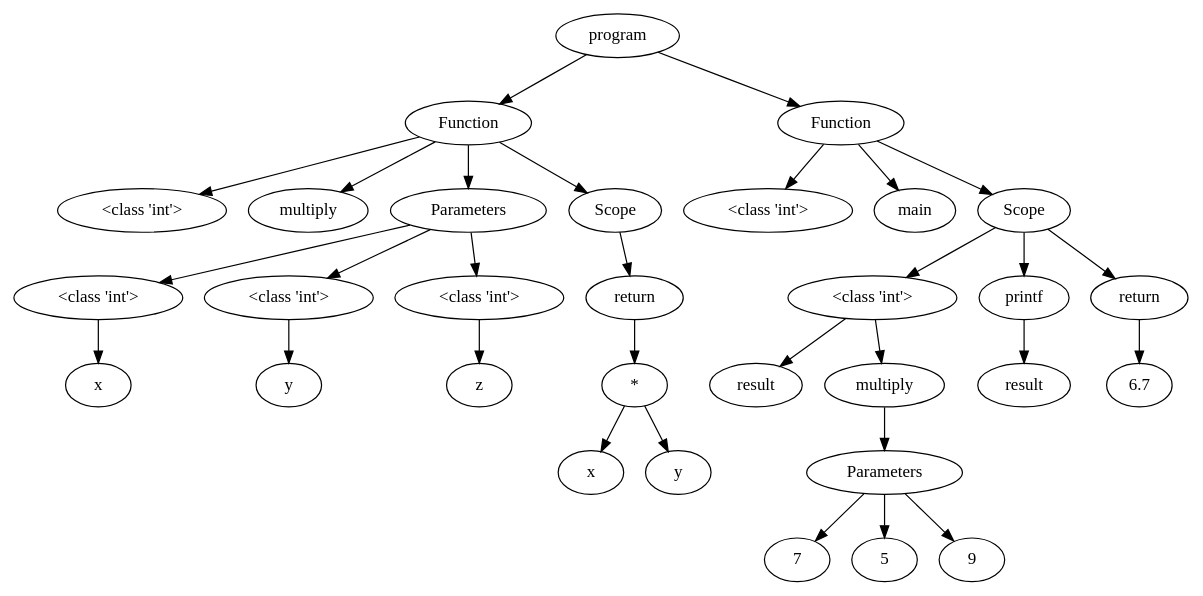
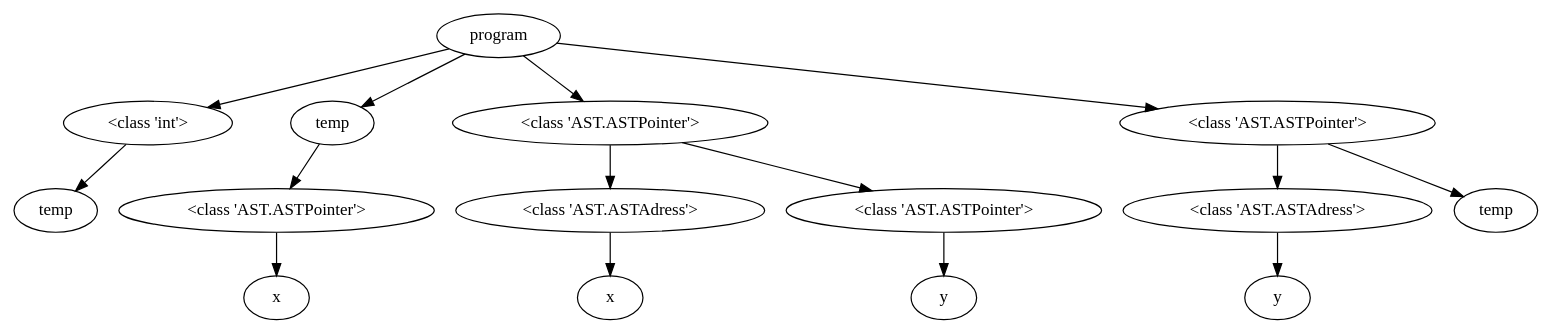
One commit to NielsVandenBroeck/COMP_Compiler changed the diagram in OutputFiles/dotVisualization.dot. Above: the diagram before and after it, drawn with Graphviz. The commit also changed 5 other files, not shown here.

```diff
--- a/OutputFiles/dotVisualization.dot
+++ b/OutputFiles/dotVisualization.dot
@@ -1,78 +1,39 @@
 digraph G { 
-"<AST.AST object at 0x00000255CF3635B0> (0)"[label="program"]
-"<AST.ASTFunction object at 0x00000255CF3634F0> (1)"[label="Function"]
-"<AST.AST object at 0x00000255CF3635B0> (0)"->"<AST.ASTFunction object at 0x00000255CF3634F0> (1)"
-"<AST.ASTFunction object at 0x00000255CF3634F0> (1)"[label="Function"]
-"<AST.ASTDataType object at 0x00000255CF3634C0> (2)"[label="<class 'int'>"]
-"<AST.ASTFunction object at 0x00000255CF3634F0> (1)"->"<AST.ASTDataType object at 0x00000255CF3634C0> (2)"
-"<AST.ASTFunctionName object at 0x00000255CF363370> (2)"[label="multiply"]
-"<AST.ASTFunction object at 0x00000255CF3634F0> (1)"->"<AST.ASTFunctionName object at 0x00000255CF363370> (2)"
-"<AST.ASTParameters object at 0x00000255CF3633A0> (2)"[label="Parameters"]
-"<AST.ASTFunction object at 0x00000255CF3634F0> (1)"->"<AST.ASTParameters object at 0x00000255CF3633A0> (2)"
-"<AST.ASTParameters object at 0x00000255CF3633A0> (2)"[label="Parameters"]
-"<AST.ASTDataType object at 0x00000255CF363400> (3)"[label="<class 'int'>"]
-"<AST.ASTParameters object at 0x00000255CF3633A0> (2)"->"<AST.ASTDataType object at 0x00000255CF363400> (3)"
-"<AST.ASTDataType object at 0x00000255CF363400> (3)"[label="<class 'int'>"]
-"<AST.ASTVariable object at 0x00000255CF363070> (4)"[label="x"]
-"<AST.ASTDataType object at 0x00000255CF363400> (3)"->"<AST.ASTVariable object at 0x00000255CF363070> (4)"
-"<AST.ASTDataType object at 0x00000255CF363340> (3)"[label="<class 'int'>"]
-"<AST.ASTParameters object at 0x00000255CF3633A0> (2)"->"<AST.ASTDataType object at 0x00000255CF363340> (3)"
-"<AST.ASTDataType object at 0x00000255CF363340> (3)"[label="<class 'int'>"]
-"<AST.ASTVariable object at 0x00000255CF363490> (4)"[label="y"]
-"<AST.ASTDataType object at 0x00000255CF363340> (3)"->"<AST.ASTVariable object at 0x00000255CF363490> (4)"
-"<AST.ASTDataType object at 0x00000255CF3635E0> (3)"[label="<class 'int'>"]
-"<AST.ASTParameters object at 0x00000255CF3633A0> (2)"->"<AST.ASTDataType object at 0x00000255CF3635E0> (3)"
-"<AST.ASTDataType object at 0x00000255CF3635E0> (3)"[label="<class 'int'>"]
-"<AST.ASTVariable object at 0x00000255CF363130> (4)"[label="z"]
-"<AST.ASTDataType object at 0x00000255CF3635E0> (3)"->"<AST.ASTVariable object at 0x00000255CF363130> (4)"
-"<AST.ASTScope object at 0x00000255CF363160> (2)"[label="Scope"]
-"<AST.ASTFunction object at 0x00000255CF3634F0> (1)"->"<AST.ASTScope object at 0x00000255CF363160> (2)"
-"<AST.ASTScope object at 0x00000255CF363160> (2)"[label="Scope"]
-"<AST.ASTReturn object at 0x00000255CF363700> (3)"[label="return"]
-"<AST.ASTScope object at 0x00000255CF363160> (2)"->"<AST.ASTReturn object at 0x00000255CF363700> (3)"
-"<AST.ASTReturn object at 0x00000255CF363700> (3)"[label="return"]
-"<AST.ASTOperator object at 0x00000255CF3637F0> (4)"[label="*"]
-"<AST.ASTReturn object at 0x00000255CF363700> (3)"->"<AST.ASTOperator object at 0x00000255CF3637F0> (4)"
-"<AST.ASTOperator object at 0x00000255CF3637F0> (4)"[label="*"]
-"<AST.ASTVariable object at 0x00000255CF363730> (5)"[label="x"]
-"<AST.ASTOperator object at 0x00000255CF3637F0> (4)"->"<AST.ASTVariable object at 0x00000255CF363730> (5)"
-"<AST.ASTVariable object at 0x00000255CF3637C0> (5)"[label="y"]
-"<AST.ASTOperator object at 0x00000255CF3637F0> (4)"->"<AST.ASTVariable object at 0x00000255CF3637C0> (5)"
-"<AST.ASTFunction object at 0x00000255CF3636D0> (1)"[label="Function"]
-"<AST.AST object at 0x00000255CF3635B0> (0)"->"<AST.ASTFunction object at 0x00000255CF3636D0> (1)"
-"<AST.ASTFunction object at 0x00000255CF3636D0> (1)"[label="Function"]
-"<AST.ASTDataType object at 0x00000255CF3638B0> (2)"[label="<class 'int'>"]
-"<AST.ASTFunction object at 0x00000255CF3636D0> (1)"->"<AST.ASTDataType object at 0x00000255CF3638B0> (2)"
-"<AST.ASTFunctionName object at 0x00000255CF363940> (2)"[label="main"]
-"<AST.ASTFunction object at 0x00000255CF3636D0> (1)"->"<AST.ASTFunctionName object at 0x00000255CF363940> (2)"
-"<AST.ASTScope object at 0x00000255CF3639D0> (2)"[label="Scope"]
-"<AST.ASTFunction object at 0x00000255CF3636D0> (1)"->"<AST.ASTScope object at 0x00000255CF3639D0> (2)"
-"<AST.ASTScope object at 0x00000255CF3639D0> (2)"[label="Scope"]
-"<AST.ASTDataType object at 0x00000255CF363B20> (3)"[label="<class 'int'>"]
-"<AST.ASTScope object at 0x00000255CF3639D0> (2)"->"<AST.ASTDataType object at 0x00000255CF363B20> (3)"
-"<AST.ASTDataType object at 0x00000255CF363B20> (3)"[label="<class 'int'>"]
-"<AST.ASTVariable object at 0x00000255CF363A30> (4)"[label="result"]
-"<AST.ASTDataType object at 0x00000255CF363B20> (3)"->"<AST.ASTVariable object at 0x00000255CF363A30> (4)"
-"<AST.ASTFunctionName object at 0x00000255CF363AF0> (4)"[label="multiply"]
-"<AST.ASTDataType object at 0x00000255CF363B20> (3)"->"<AST.ASTFunctionName object at 0x00000255CF363AF0> (4)"
-"<AST.ASTFunctionName object at 0x00000255CF363AF0> (4)"[label="multiply"]
-"<AST.ASTParameters object at 0x00000255CF363BE0> (5)"[label="Parameters"]
-"<AST.ASTFunctionName object at 0x00000255CF363AF0> (4)"->"<AST.ASTParameters object at 0x00000255CF363BE0> (5)"
-"<AST.ASTParameters object at 0x00000255CF363BE0> (5)"[label="Parameters"]
-"<AST.AST object at 0x00000255CF363C40> (6)"[label="7"]
-"<AST.ASTParameters object at 0x00000255CF363BE0> (5)"->"<AST.AST object at 0x00000255CF363C40> (6)"
-"<AST.AST object at 0x00000255CF363D30> (6)"[label="5"]
-"<AST.ASTParameters object at 0x00000255CF363BE0> (5)"->"<AST.AST object at 0x00000255CF363D30> (6)"
-"<AST.AST object at 0x00000255CF363CD0> (6)"[label="9"]
-"<AST.ASTParameters object at 0x00000255CF363BE0> (5)"->"<AST.AST object at 0x00000255CF363CD0> (6)"
-"<AST.ASTPrintf object at 0x00000255CF363C10> (3)"[label="printf"]
-"<AST.ASTScope object at 0x00000255CF3639D0> (2)"->"<AST.ASTPrintf object at 0x00000255CF363C10> (3)"
-"<AST.ASTPrintf object at 0x00000255CF363C10> (3)"[label="printf"]
-"<AST.ASTVariable object at 0x00000255CF363DC0> (4)"[label="result"]
-"<AST.ASTPrintf object at 0x00000255CF363C10> (3)"->"<AST.ASTVariable object at 0x00000255CF363DC0> (4)"
-"<AST.ASTReturn object at 0x00000255CF363E20> (3)"[label="return"]
-"<AST.ASTScope object at 0x00000255CF3639D0> (2)"->"<AST.ASTReturn object at 0x00000255CF363E20> (3)"
-"<AST.ASTReturn object at 0x00000255CF363E20> (3)"[label="return"]
-"<AST.AST object at 0x00000255CF363E80> (4)"[label="6.7"]
-"<AST.ASTReturn object at 0x00000255CF363E20> (3)"->"<AST.AST object at 0x00000255CF363E80> (4)"
+"<AST.AST object at 0x000002D8CE4DFAF0> (0)"[label="program"]
+"<AST.ASTDataType object at 0x000002D8CE4DF1F0> (1)"[label="<class 'int'>"]
+"<AST.AST object at 0x000002D8CE4DFAF0> (0)"->"<AST.ASTDataType object at 0x000002D8CE4DF1F0> (1)"
+"<AST.ASTDataType object at 0x000002D8CE4DF1F0> (1)"[label="<class 'int'>"]
+"<AST.ASTVariable object at 0x000002D8CE4DF550> (2)"[label="temp"]
+"<AST.ASTDataType object at 0x000002D8CE4DF1F0> (1)"->"<AST.ASTVariable object at 0x000002D8CE4DF550> (2)"
+"<AST.ASTVariable object at 0x000002D8CE4DFF40> (1)"[label="temp"]
+"<AST.AST object at 0x000002D8CE4DFAF0> (0)"->"<AST.ASTVariable object at 0x000002D8CE4DFF40> (1)"
+"<AST.ASTVariable object at 0x000002D8CE4DFF40> (1)"[label="temp"]
+"<AST.ASTPointer object at 0x000002D8CE4DFA90> (2)"[label="<class 'AST.ASTPointer'>"]
+"<AST.ASTVariable object at 0x000002D8CE4DFF40> (1)"->"<AST.ASTPointer object at 0x000002D8CE4DFA90> (2)"
+"<AST.ASTPointer object at 0x000002D8CE4DFA90> (2)"[label="<class 'AST.ASTPointer'>"]
+"<AST.ASTVariable object at 0x000002D8CE4DF7C0> (3)"[label="x"]
+"<AST.ASTPointer object at 0x000002D8CE4DFA90> (2)"->"<AST.ASTVariable object at 0x000002D8CE4DF7C0> (3)"
+"<AST.ASTPointer object at 0x000002D8CE4DF940> (1)"[label="<class 'AST.ASTPointer'>"]
+"<AST.AST object at 0x000002D8CE4DFAF0> (0)"->"<AST.ASTPointer object at 0x000002D8CE4DF940> (1)"
+"<AST.ASTPointer object at 0x000002D8CE4DF940> (1)"[label="<class 'AST.ASTPointer'>"]
+"<AST.ASTAdress object at 0x000002D8CE4DFA60> (2)"[label="<class 'AST.ASTAdress'>"]
+"<AST.ASTPointer object at 0x000002D8CE4DF940> (1)"->"<AST.ASTAdress object at 0x000002D8CE4DFA60> (2)"
+"<AST.ASTAdress object at 0x000002D8CE4DFA60> (2)"[label="<class 'AST.ASTAdress'>"]
+"<AST.ASTVariable object at 0x000002D8CE4DF460> (3)"[label="x"]
+"<AST.ASTAdress object at 0x000002D8CE4DFA60> (2)"->"<AST.ASTVariable object at 0x000002D8CE4DF460> (3)"
+"<AST.ASTPointer object at 0x000002D8CE4DF2E0> (2)"[label="<class 'AST.ASTPointer'>"]
+"<AST.ASTPointer object at 0x000002D8CE4DF940> (1)"->"<AST.ASTPointer object at 0x000002D8CE4DF2E0> (2)"
+"<AST.ASTPointer object at 0x000002D8CE4DF2E0> (2)"[label="<class 'AST.ASTPointer'>"]
+"<AST.ASTVariable object at 0x000002D8CE4DF9D0> (3)"[label="y"]
+"<AST.ASTPointer object at 0x000002D8CE4DF2E0> (2)"->"<AST.ASTVariable object at 0x000002D8CE4DF9D0> (3)"
+"<AST.ASTPointer object at 0x000002D8CE4DF520> (1)"[label="<class 'AST.ASTPointer'>"]
+"<AST.AST object at 0x000002D8CE4DFAF0> (0)"->"<AST.ASTPointer object at 0x000002D8CE4DF520> (1)"
+"<AST.ASTPointer object at 0x000002D8CE4DF520> (1)"[label="<class 'AST.ASTPointer'>"]
+"<AST.ASTAdress object at 0x000002D8CE4DF5B0> (2)"[label="<class 'AST.ASTAdress'>"]
+"<AST.ASTPointer object at 0x000002D8CE4DF520> (1)"->"<AST.ASTAdress object at 0x000002D8CE4DF5B0> (2)"
+"<AST.ASTAdress object at 0x000002D8CE4DF5B0> (2)"[label="<class 'AST.ASTAdress'>"]
+"<AST.ASTVariable object at 0x000002D8CE4DF250> (3)"[label="y"]
+"<AST.ASTAdress object at 0x000002D8CE4DF5B0> (2)"->"<AST.ASTVariable object at 0x000002D8CE4DF250> (3)"
+"<AST.ASTVariable object at 0x000002D8CE4DF610> (2)"[label="temp"]
+"<AST.ASTPointer object at 0x000002D8CE4DF520> (1)"->"<AST.ASTVariable object at 0x000002D8CE4DF610> (2)"
 }
```
